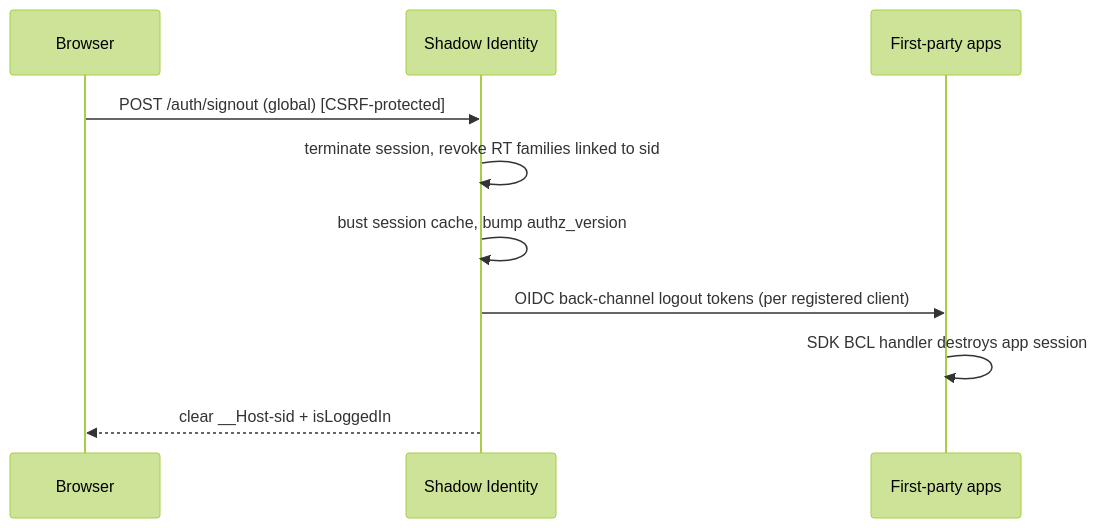
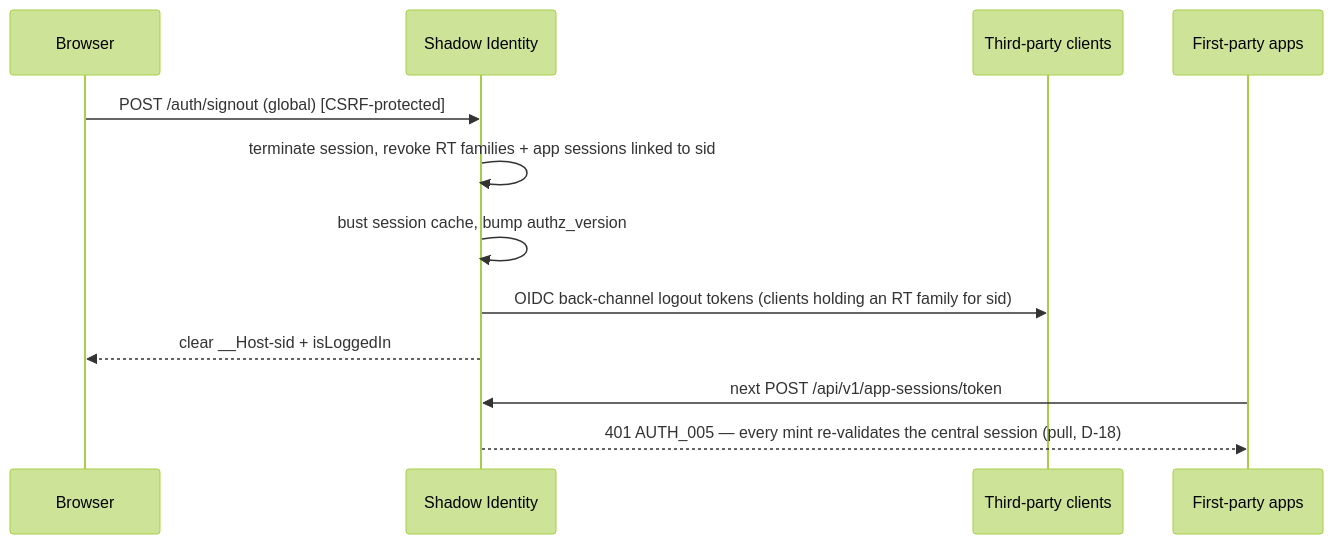
One commit to shadow-library/platform changed the sixth of 6 diagrams in apps/identity-server/docs/architecture.md. Above: the diagram before and after it, drawn with Mermaid (forest theme). The commit also changed other lines of this file and 7 other files, not shown here.

First line of the commit message:
docs: bump architecture to v1.1, move sdk spec

````diff
--- a/apps/identity-server/docs/architecture.md
+++ b/apps/identity-server/docs/architecture.md
@@ -545,12 +644,14 @@
 ```mermaid
 sequenceDiagram
   participant B as Browser
   participant IdP as Shadow Identity
-  participant Apps as First-party apps
+  participant TP as Third-party clients
+  participant FP as First-party apps
   B->>IdP: POST /auth/signout (global) [CSRF-protected]
-  IdP->>IdP: terminate session, revoke RT families linked to sid
+  IdP->>IdP: terminate session, revoke RT families + app sessions linked to sid
   IdP->>IdP: bust session cache, bump authz_version
-  IdP->>Apps: OIDC back-channel logout tokens (per registered client)
-  Apps->>Apps: SDK BCL handler destroys app session
+  IdP->>TP: OIDC back-channel logout tokens (clients holding an RT family for sid)
   IdP-->>B: clear __Host-sid + isLoggedIn
+  FP->>IdP: next POST /api/v1/app-sessions/token
+  IdP-->>FP: 401 AUTH_005 — every mint re-validates the central session (pull, D-18)
 ```
````
